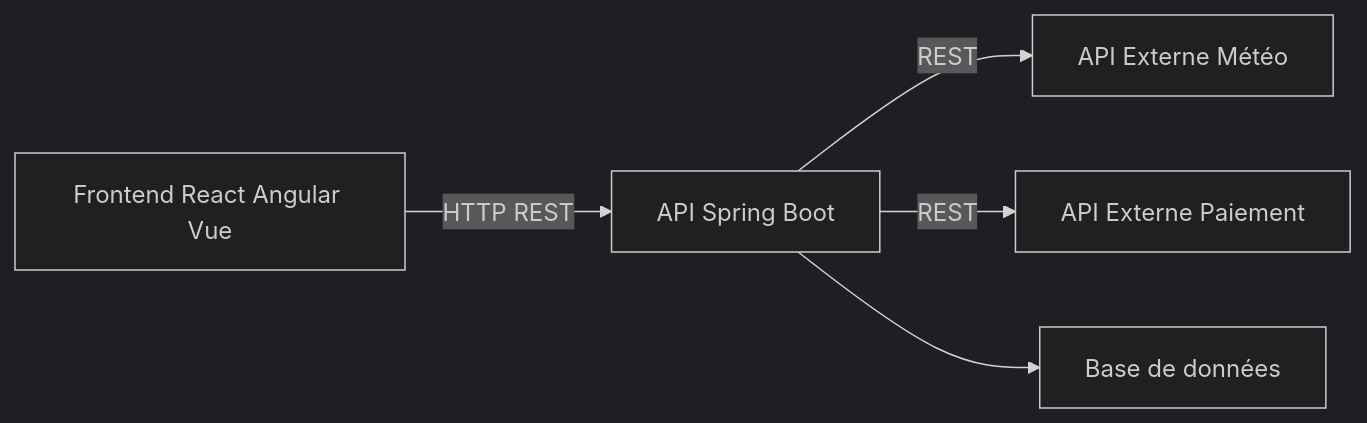
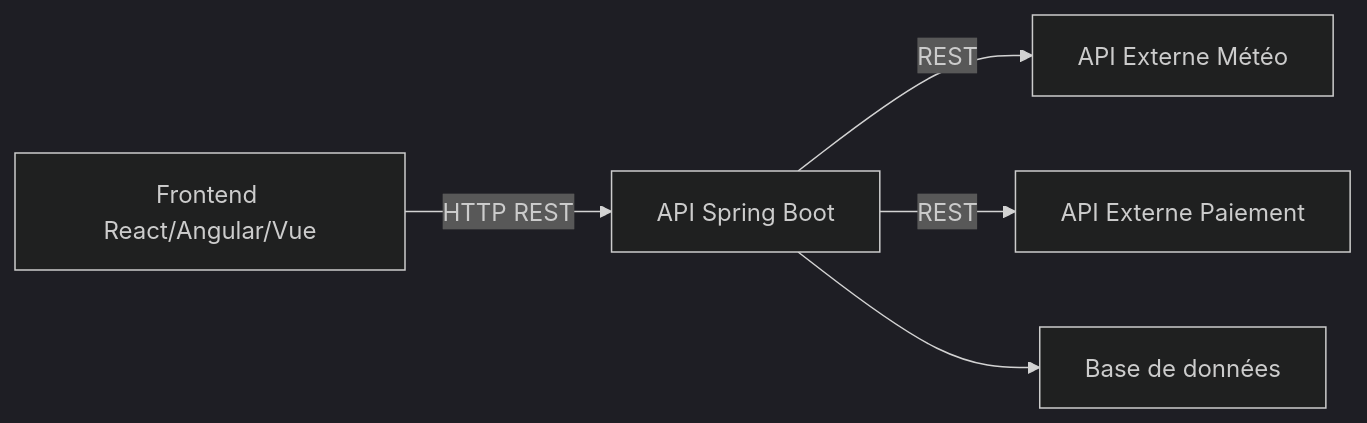
Before and after one commit to mouhamadoulo/notes-tech-github: the first of 4 diagrams in Java/SpringBoot/Conso-APIs.md, drawn with Mermaid (dark theme).

````diff
--- a/Java/SpringBoot/Conso-APIs.md
+++ b/Java/SpringBoot/Conso-APIs.md
@@ -21,14 +21,14 @@
 ```mermaid
 flowchart LR
 
-A[Frontend React Angular Vue]
+A[Frontend React/Angular/Vue]
 B[API Spring Boot]
 C[API Externe Météo]
 D[API Externe Paiement]
 E[Base de données]
 
 A -->|HTTP REST| B
 B -->|REST| C
 B -->|REST| D
 B --> E
 ```
````
